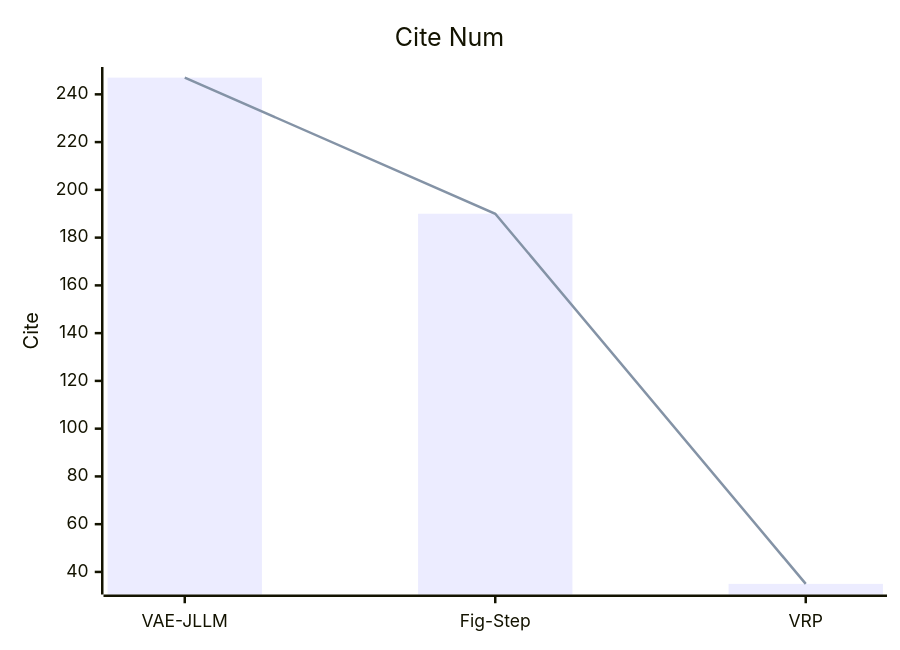
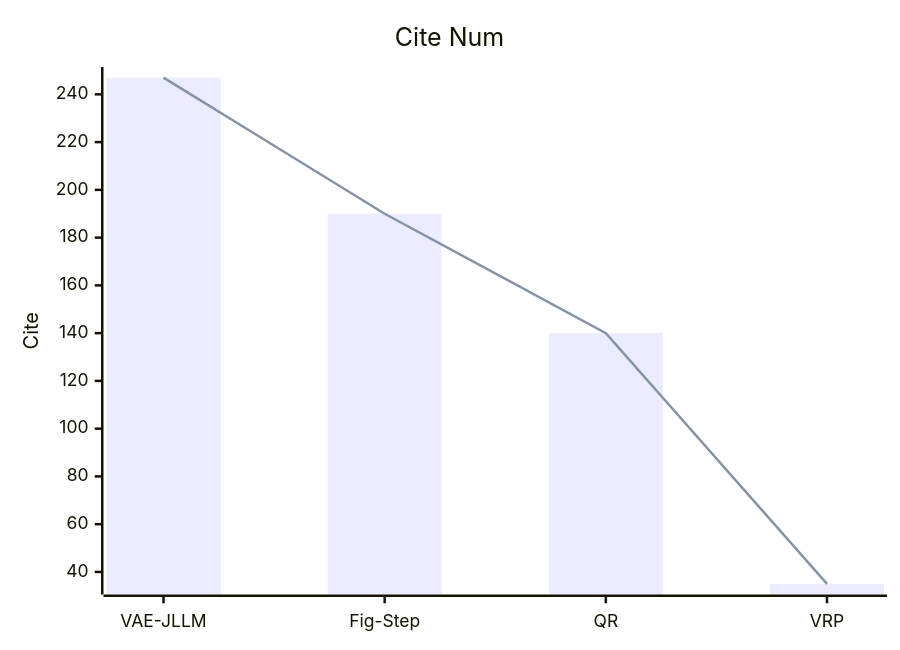
Before and after one commit to Elephant-King9/Paper: the fifth of 5 diagrams in Attack/Jailbreak/VLVM/analyse.md, drawn with Mermaid. The commit also changed other lines of this file and 5 other files, not shown here.

````diff
--- a/Attack/Jailbreak/VLVM/analyse.md
+++ b/Attack/Jailbreak/VLVM/analyse.md
@@ -62,8 +70,8 @@
 ```mermaid
     xychart-beta
     title "Cite Num"
-    x-axis [VAE-JLLM,Fig-Step, VRP]
+    x-axis [VAE-JLLM,Fig-Step, QR, VRP]
     y-axis "Cite" 
-    bar [247,190,35]
-    line [247,190,35]
+    bar [247,190,140,35]
+    line [247,190,140,35]
 ```
````
